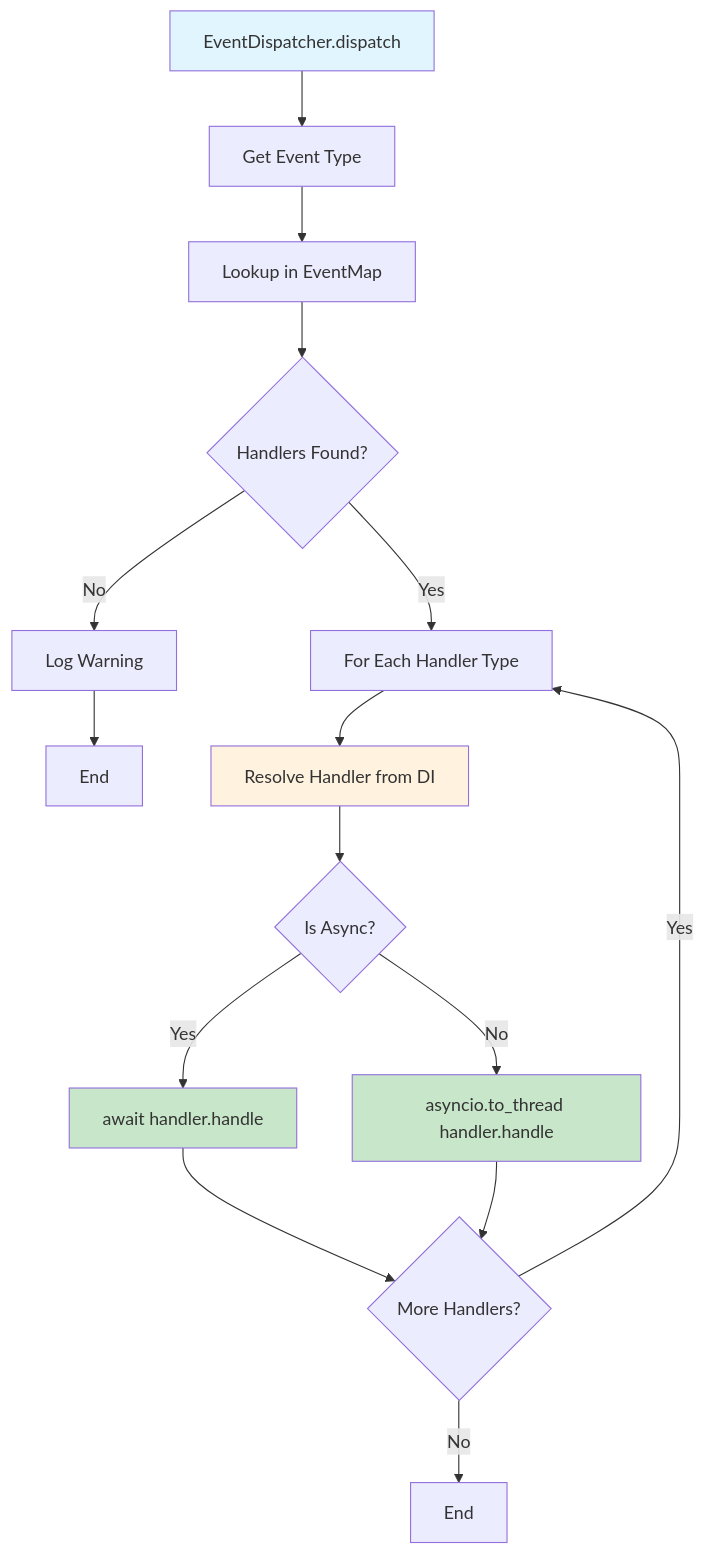
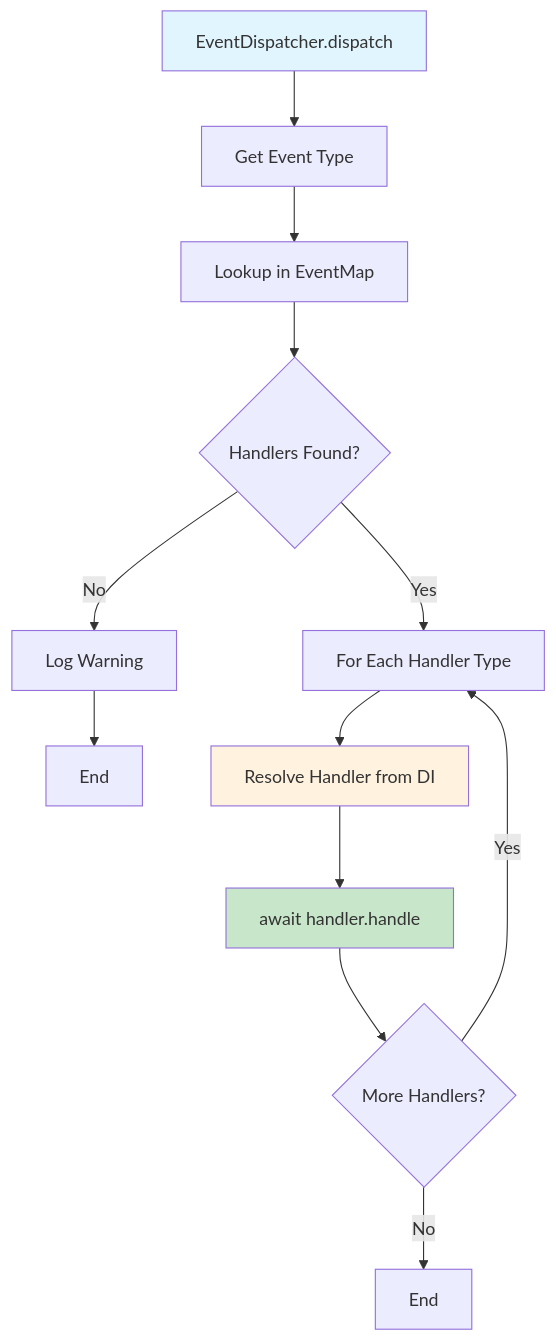
The first of 2 diagrams in docs/event_handler/runtime_processing.md (vadikko2/python-cqrs-mkdocs), drawn with Mermaid before and after one commit. The commit also changed other lines of this file and 16 other files, not shown here.

````diff
--- a/docs/event_handler/runtime_processing.md
+++ b/docs/event_handler/runtime_processing.md
@@ -43,27 +43,22 @@
 ```mermaid
 graph TD
     Start[EventDispatcher.dispatch] --> GetType[Get Event Type]
     GetType --> Lookup[Lookup in EventMap]
     Lookup --> Found{Handlers Found?}
     
     Found -->|No| Warn[Log Warning]
     Warn --> End1[End]
     
     Found -->|Yes| LoopStart[For Each Handler Type]
     LoopStart --> Resolve[Resolve Handler from DI]
-    Resolve --> CheckAsync{Is Async?}
+    Resolve --> Execute[await handler.handle]
     
-    CheckAsync -->|Yes| AsyncExec[await handler.handle]
-    CheckAsync -->|No| ThreadExec[asyncio.to_thread handler.handle]
-    
-    AsyncExec --> NextHandler{More Handlers?}
-    ThreadExec --> NextHandler
+    Execute --> NextHandler{More Handlers?}
     
     NextHandler -->|Yes| LoopStart
     NextHandler -->|No| End2[End]
     
     style Start fill:#e1f5ff
     style Resolve fill:#fff3e0
-    style AsyncExec fill:#c8e6c9
-    style ThreadExec fill:#c8e6c9
+    style Execute fill:#c8e6c9
 ```
````
